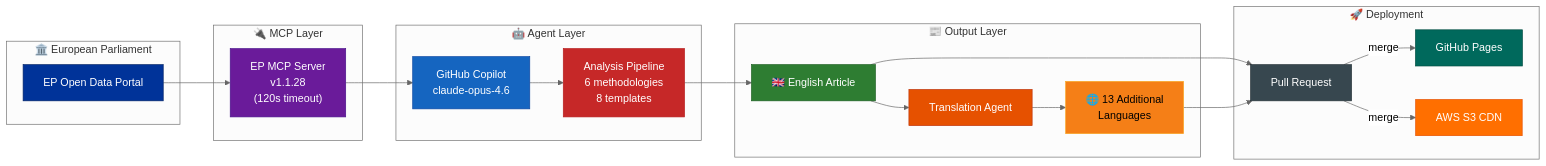
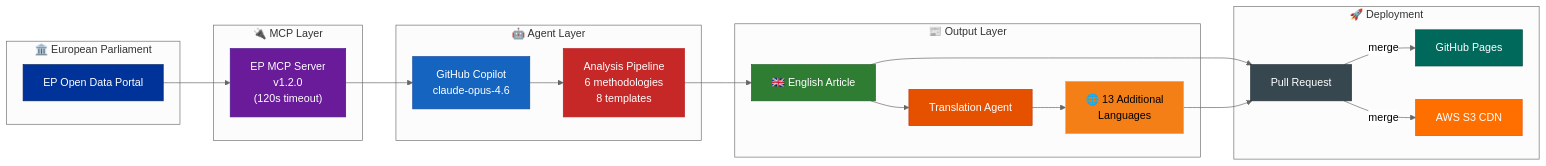
Diagram 21 of 21 in WORKFLOWS.md (Hack23/euparliamentmonitor), drawn with Mermaid (neutral theme) before and after one commit. The commit also changed other lines of this file and 31 other files, not shown here.

First line of the commit message:
chore: bump european-parliament-mcp-server from 1.1.28 to 1.2.0 across all configs, workflows, docs, and tests

````diff
--- a/WORKFLOWS.md
+++ b/WORKFLOWS.md
@@ -1746,42 +1746,42 @@
 ```mermaid
 flowchart LR
     subgraph "🏛️ European Parliament"
         EP["EP Open Data Portal"]
     end
 
     subgraph "🔌 MCP Layer"
-        MCP["EP MCP Server<br/>v1.1.28<br/>(120s timeout)"]
+        MCP["EP MCP Server<br/>v1.2.0<br/>(120s timeout)"]
     end
 
     subgraph "🤖 Agent Layer"
         Agent["GitHub Copilot<br/>claude-opus-4.6"]
         Analyze["Analysis Pipeline<br/>6 methodologies<br/>8 templates"]
     end
 
     subgraph "📰 Output Layer"
         EN["🇬🇧 English Article"]
         Translate["Translation Agent"]
         Multi["🌐 13 Additional<br/>Languages"]
     end
 
     subgraph "🚀 Deployment"
         PR["Pull Request"]
         Pages["GitHub Pages"]
         S3["AWS S3 CDN"]
     end
 
     EP --> MCP --> Agent --> Analyze --> EN --> PR
     EN --> Translate --> Multi --> PR
     PR --> |"merge"| Pages & S3
 
     style EP fill:#003399,stroke:#002266,color:#FFFFFF
     style MCP fill:#6A1B9A,stroke:#4A148C,color:#FFFFFF
     style Agent fill:#1565C0,stroke:#0D47A1,color:#FFFFFF
     style Analyze fill:#C62828,stroke:#B71C1C,color:#FFFFFF
     style EN fill:#2E7D32,stroke:#1B5E20,color:#FFFFFF
     style Translate fill:#E65100,stroke:#BF360C,color:#FFFFFF
     style Multi fill:#F57F17,stroke:#F9A825,color:#000000
     style PR fill:#37474F,stroke:#263238,color:#FFFFFF
     style Pages fill:#00695C,stroke:#004D40,color:#FFFFFF
     style S3 fill:#FF6F00,stroke:#E65100,color:#FFFFFF
 ```
````
